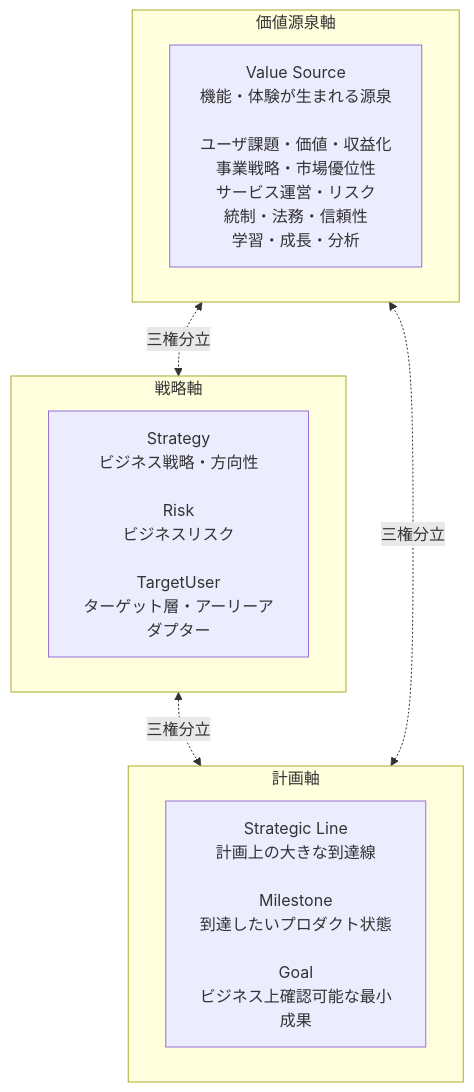
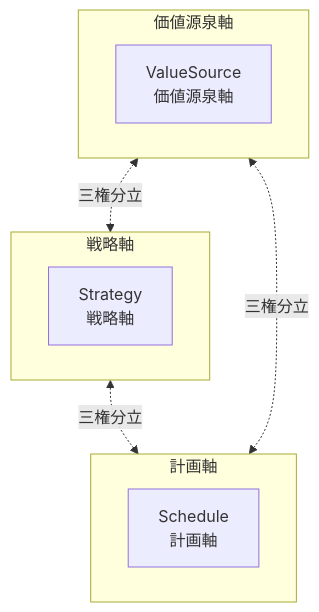
Before and after one commit to gilgame-tencho/helloframework: the second of 5 diagrams in doc/guidelines/product/value-and-improvement-image.md, drawn with Mermaid. The commit also changed other lines of this file, not shown here.

````diff
--- a/doc/guidelines/product/value-and-improvement-image.md
+++ b/doc/guidelines/product/value-and-improvement-image.md
@@ -80,28 +80,19 @@
 ```mermaid
 flowchart TB
     subgraph Strategy["戦略軸"]
-        STG[Strategy<br/>ビジネス戦略・方向性<br/>
-Risk<br/>ビジネスリスク<br/>
-TargetUser<br/>ターゲット層・アーリーアダプター]
+        STG[Strategy<br/>戦略軸]
     end
 
     subgraph Schedule["計画軸"]
-        SchedBox[Strategic Line<br/>計画上の大きな到達線<br/>
-Milestone<br/>到達したいプロダクト状態<br/>
-Goal<br/>ビジネス上確認可能な最小成果]
+        SchedBox[Schedule<br/>計画軸]
     end
 
     subgraph ValueSource["価値源泉軸"]
-        VS[Value Source<br/>機能・体験が生まれる源泉<br/>
-ユーザ課題・価値・収益化
-事業戦略・市場優位性
-サービス運営・リスク
-統制・法務・信頼性
-学習・成長・分析]
+        VS[ValueSource<br/>価値源泉軸]
     end
 
     Strategy <-.三権分立.-> Schedule
     Schedule <-.三権分立.-> ValueSource
     ValueSource <-.三権分立.-> Strategy
 
 ```
````
